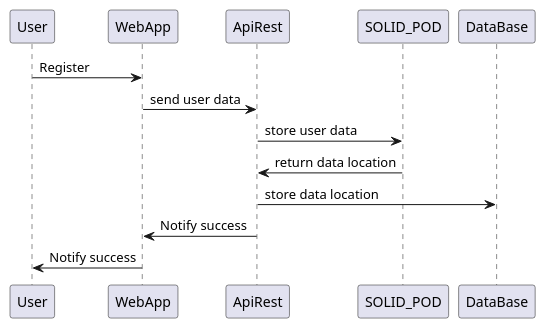
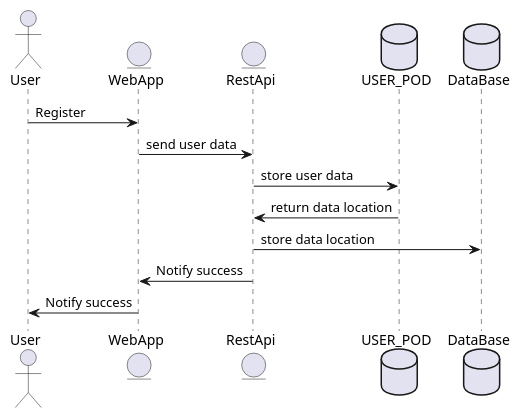
Before and after one commit to Arquisoft/dede_es3c: the second of 2 diagrams in docs/06_runtime_view.adoc, drawn with PlantUML. The commit also changed other lines of this file, not shown here.

```diff
--- a/docs/06_runtime_view.adoc
+++ b/docs/06_runtime_view.adoc
@@ -55,12 +55,17 @@
 [plantuml,"Sequence diagram",png]
 ----
 @startuml
+actor User
+entity WebApp
+entity RestApi
+database USER_POD
+database DataBase
 User-> WebApp : Register
-WebApp-> ApiRest : send user data
-ApiRest -> SOLID_POD : store user data
-SOLID_POD -> ApiRest : return data location
-ApiRest -> DataBase: store data location
-ApiRest -> WebApp: Notify success
+WebApp-> RestApi : send user data
+RestApi -> USER_POD : store user data
+USER_POD -> RestApi : return data location
+RestApi -> DataBase: store data location
+RestApi -> WebApp: Notify success
 WebApp-> User: Notify success
 @enduml
 ----
```
